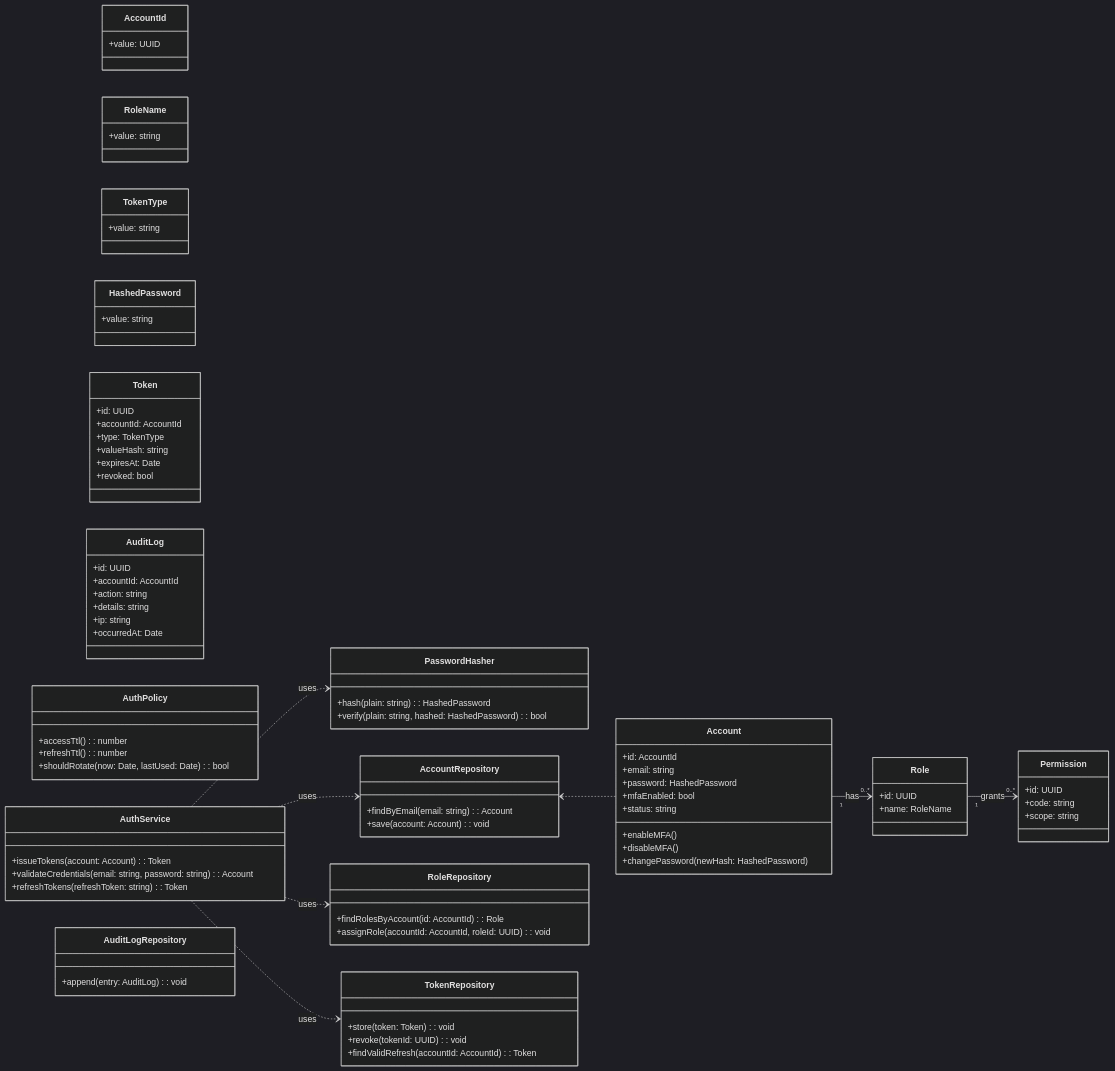
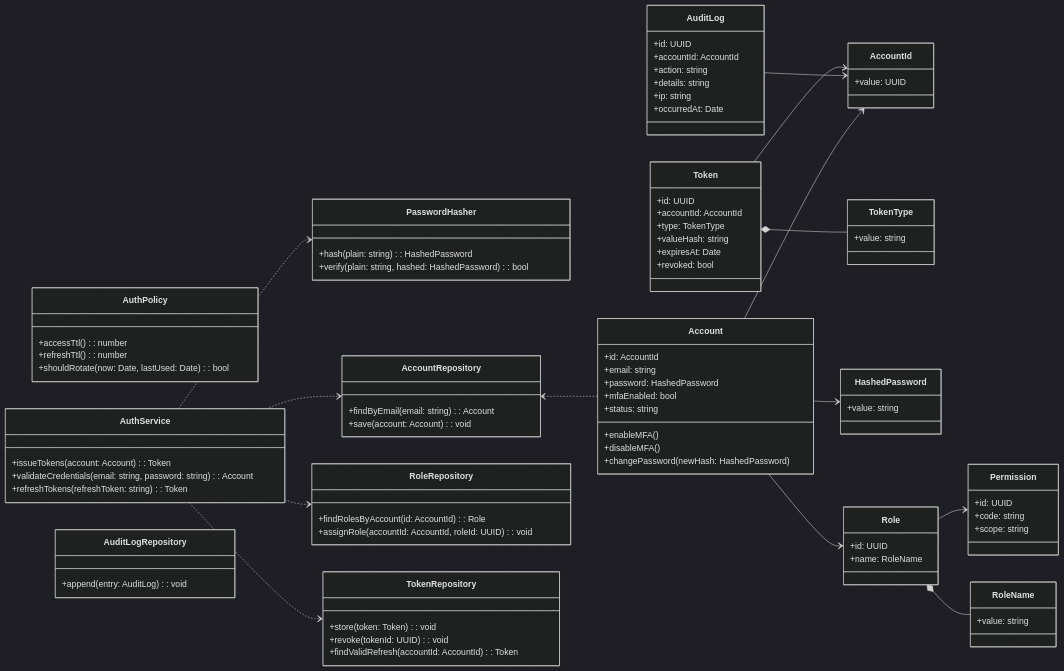
The fifth of 6 diagrams in Docs/chapter-5.md (FitSense-Emergentes-14653/Project-Report), drawn with Mermaid (dark theme) before and after one commit. The commit also changed 3 other files, not shown here.

````diff
--- a/Docs/chapter-5.md
+++ b/Docs/chapter-5.md
@@ -918,18 +918,10 @@
 direction LR
 
 %% ===== Value Objects =====
-class AccountId { 
-  +value: UUID 
-}
-class RoleName { 
-  +value: string 
-}
-class TokenType { 
-  +value: string 
-}
-class HashedPassword { 
-  +value: string 
-}
+class AccountId { +value: UUID }
+class RoleName { +value: string }
+class TokenType { +value: string }
+class HashedPassword { +value: string }
 
 %% ===== Entities / Aggregates =====
 class Account {
@@ -1012,13 +1004,19 @@
 }
 
 %% ===== Associations =====
-Account "1" --> "0..*" Role : has
-Role "1" --> "0..*" Permission : grants
-AuthService ..> AccountRepository : uses
-AuthService ..> RoleRepository : uses
-AuthService ..> TokenRepository : uses
-AuthService ..> PasswordHasher : uses
+Account --> Role
+Role --> Permission
+
+Token --> AccountId
+AuditLog --> AccountId
+Account --> AccountId
+Account --> HashedPassword
+
+AuthService ..> AccountRepository
+AuthService ..> RoleRepository
+AuthService ..> TokenRepository
+AuthService ..> PasswordHasher
 AccountRepository <.. Account
-
-
+Role *-- RoleName
+Token *-- TokenType
 ```
````
